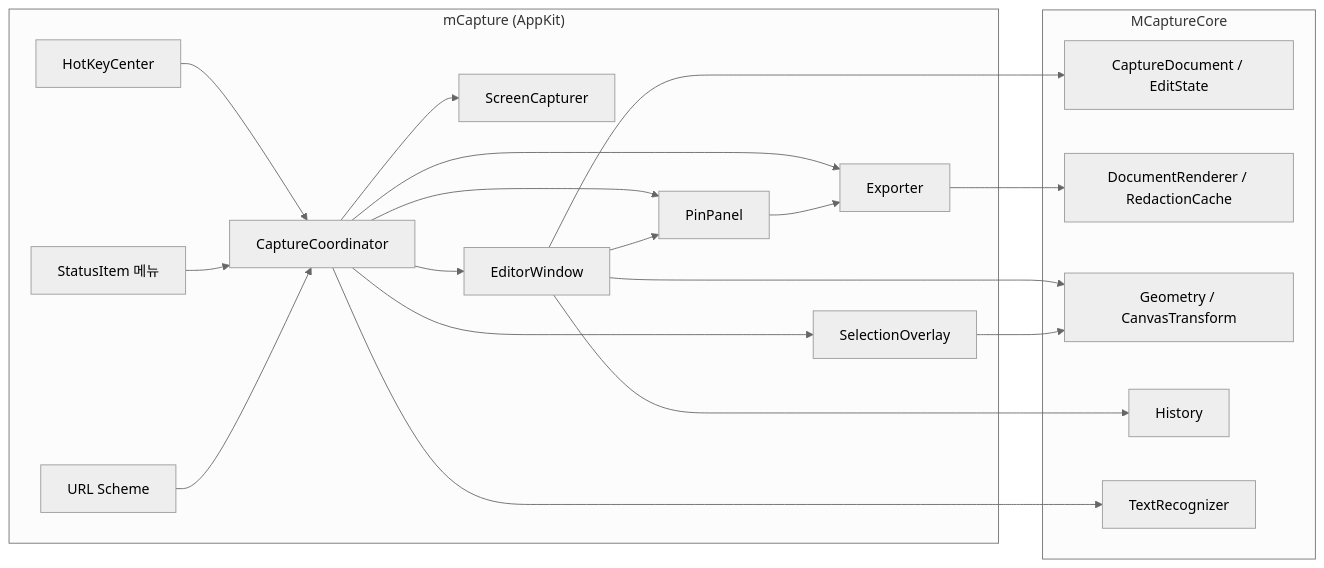
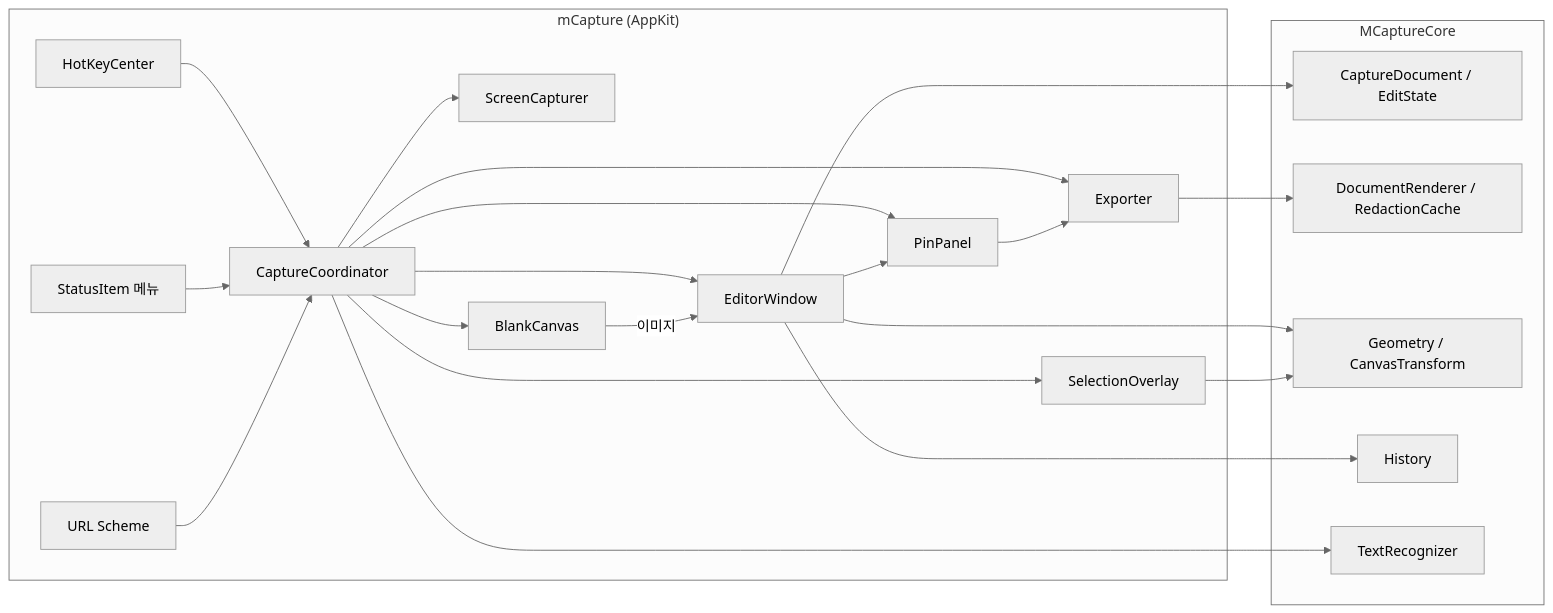
The first of 2 diagrams in claudedocs/mcapture-개발-스펙.md (motolies/mCapture), drawn with Mermaid (neutral theme) before and after one commit. The commit also changed other lines of this file and 6 other files, not shown here.

````diff
--- a/claudedocs/mcapture-개발-스펙.md
+++ b/claudedocs/mcapture-개발-스펙.md
@@ -67,28 +67,30 @@
 ```mermaid
 flowchart LR
     subgraph App["mCapture (AppKit)"]
         HK[HotKeyCenter] --> CO[CaptureCoordinator]
         SI[StatusItem 메뉴] --> CO
         URL[URL Scheme] --> CO
         CO --> SC[ScreenCapturer]
         CO --> OV[SelectionOverlay]
         CO --> ED[EditorWindow]
+        CO --> BC[BlankCanvas]
+        BC -->|이미지| ED
         CO --> PIN[PinPanel]
         CO --> EX[Exporter]
         ED --> PIN
         PIN --> EX
     end
     subgraph Core["MCaptureCore"]
         DOC[CaptureDocument / EditState]
         REN[DocumentRenderer / RedactionCache]
         GEO[Geometry / CanvasTransform]
         HIS[History]
         REC[TextRecognizer]
     end
     ED --> DOC
     ED --> GEO
     ED --> HIS
     EX --> REN
     OV --> GEO
     CO --> REC
 ```
````
